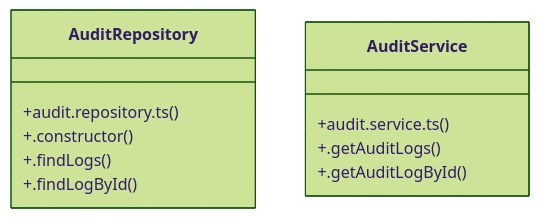
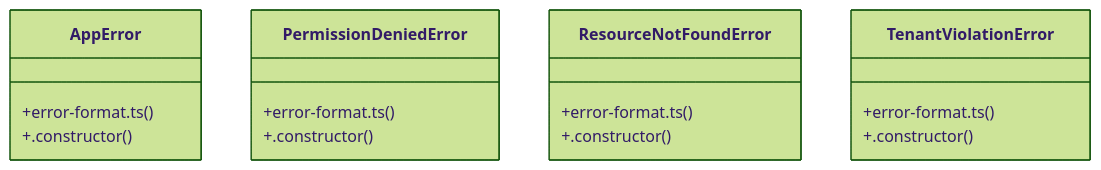
The diagram in graphify-out/wiki/[Document-_Agents_&_1._Operating_Mode_&_Standards]_Cluster.md (laxminivas06/vidforum), drawn with Mermaid (forest theme) before and after one commit. The commit also changed other lines of this file and 201 other files, not shown here.

````diff
--- a/graphify-out/wiki/[Document-_Agents_&_1._Operating_Mode_&_Standards]_Cluster.md
+++ b/graphify-out/wiki/[Document-_Agents_&_1._Operating_Mode_&_Standards]_Cluster.md
@@ -19,14 +20,19 @@
 ```mermaid
 classDiagram
-    class AuditRepository {
-        +audit.repository.ts()
+    class AppError {
+        +error-format.ts()
         +.constructor()
-        +.findLogs()
-        +.findLogById()
     }
-    class AuditService {
-        +audit.service.ts()
-        +.getAuditLogs()
-        +.getAuditLogById()
+    class PermissionDeniedError {
+        +error-format.ts()
+        +.constructor()
+    }
+    class ResourceNotFoundError {
+        +error-format.ts()
+        +.constructor()
+    }
+    class TenantViolationError {
+        +error-format.ts()
+        +.constructor()
     }
 ```
````
